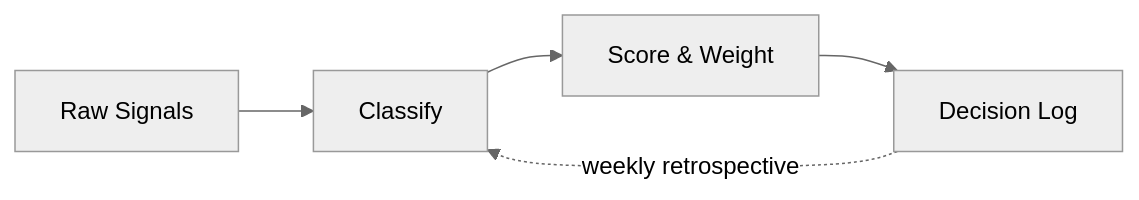
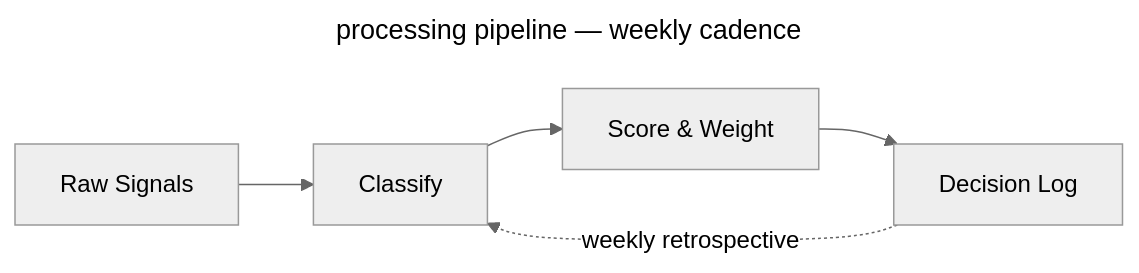
The diagram in examples/gallery.md (SlideWright/lattice), drawn with Mermaid (neutral theme) before and after one commit. The commit also changed other lines of this file and 19 other files, not shown here.

````diff
--- a/examples/gallery.md
+++ b/examples/gallery.md
@@ -62,7 +62,10 @@
 ```mermaid
+---
+title: processing pipeline — weekly cadence
+---
 flowchart LR
   A["Raw Signals"] --> B["Classify"]
   B --> C["Score & Weight"]
   C --> D["Decision Log"]
   D -.->|"weekly retrospective"| B
 ```
````
